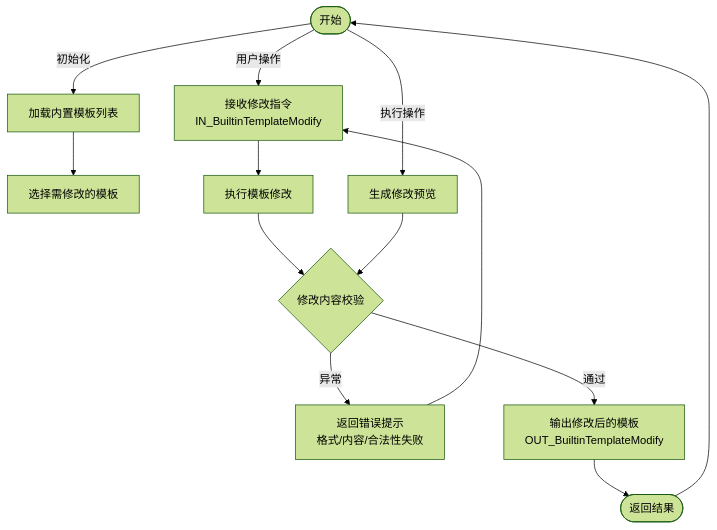
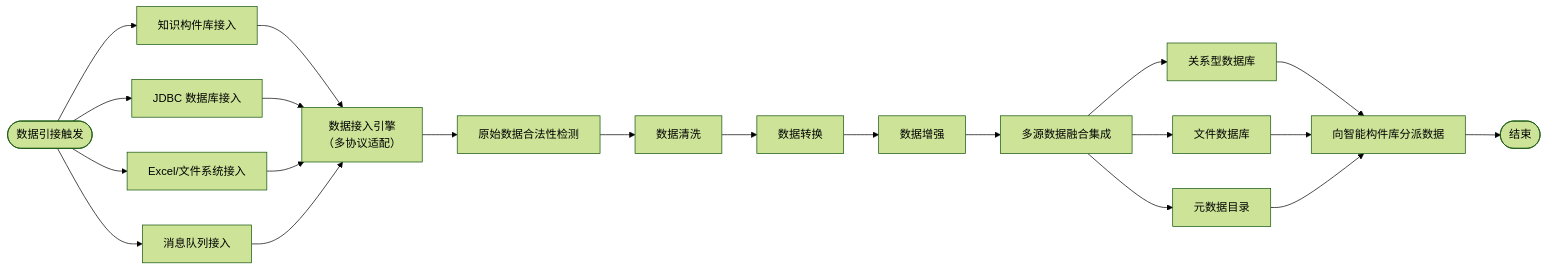
Before and after one commit to dremup/iodraw-files: the diagram in all/未命名-1.md, drawn with Mermaid (forest theme).

Commit message:
2025-11-19 09:35:50 update

````diff
--- a/all/未命名-1.md
+++ b/all/未命名-1.md
@@ -1,31 +1,40 @@
 ```mermaid
-flowchart TD
+flowchart LR
+    %% === 顶部：手动或自动触发 ===
+    A([数据引接触发])
 
-    %% ===== 顶部：开始（椭圆） =====
-    A([开始])
+    %% === 第一排：多源数据接入入口 ===
+    A --> B1[知识构件库接入]
+    A --> B2[JDBC 数据库接入]
+    A --> B3[Excel/文件系统接入]
+    A --> B4[消息队列接入]
 
-    %% ===== 左侧流程：加载与选择模板 =====
-    A -->|初始化| B[加载内置模板列表]
-    B --> C[选择需修改的模板]
+    %% === 第二排：接入层统一规范化 ===
+    B1 --> C[数据接入引擎<br/>（多协议适配）]
+    B2 --> C
+    B3 --> C
+    B4 --> C
 
-    %% ===== 中心主流程：接收修改指令 & 执行修改 =====
-    A -->|用户操作| D[接收修改指令<br/>IN_BuiltinTemplateModify]
-    D --> E[执行模板修改]
-    E --> F{修改内容校验}
+    %% === 第三排：原始数据处理（横向流程）===
+    C --> D1[原始数据合法性检测]
+    D1 --> D2[数据清洗]
+    D2 --> D3[数据转换]
+    D3 --> D4[数据增强]
 
-    %% ===== 右侧流程：修改预览 =====
-    A -->|执行操作| G[生成修改预览]
-    G --> F
+    %% === 第四排：结构化集成（中心位置）===
+    D4 --> E[多源数据融合集成]
 
-    %% ===== 异常处理流程 =====
-    F -->|异常| H[返回错误提示<br/>格式/内容/合法性失败]
-    H --> D
+    %% === 第五排：统一存储 ===
+    E --> F1[关系型数据库]
+    E --> F2[文件数据库]
+    E --> F3[元数据目录]
 
-    %% ===== 修改成功输出 =====
-    F -->|通过| I[输出修改后的模板<br/>OUT_BuiltinTemplateModify]
-    I --> J([返回结果])
+    %% === 第六排：向下游分派 ===
+    F1 --> G[向智能构件库分派数据]
+    F2 --> G
+    F3 --> G
 
-    %% ===== 底部闭环：回到开始，形成系统循环 =====
-    J --> A
+    %% === 底部结束 ===
+    G --> H([结束])
 
 ```
````
